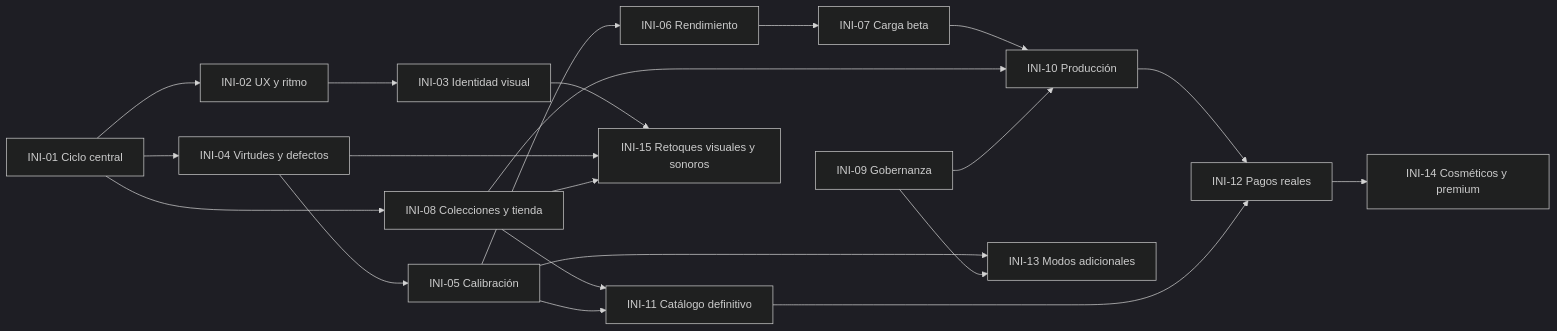
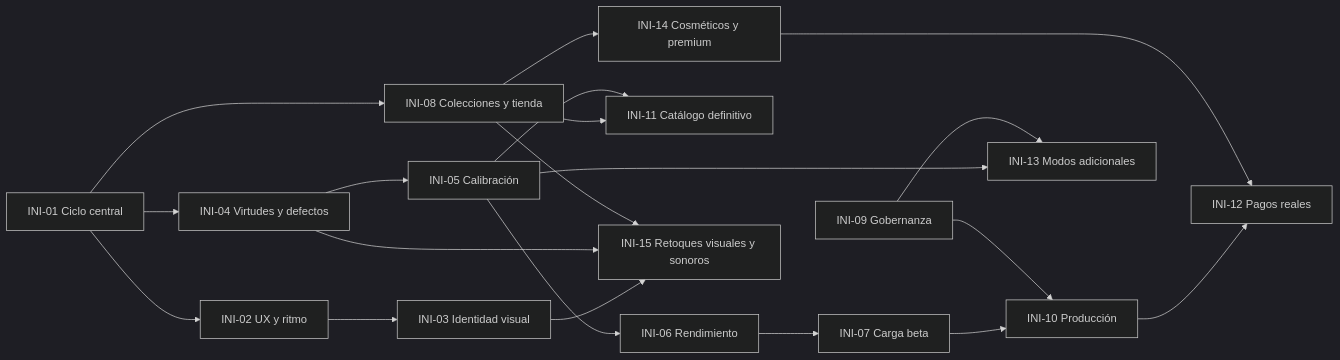
The diagram in ROADMAP.md (RichardNava/futboosterdraft), drawn with Mermaid (dark theme) before and after one commit. The commit also changed other lines of this file and 4 other files, not shown here.

Commit message:
docs: decisiones del 2026-11-20 — sin escudos oficiales, monetización solo cosmética y premium, cierre de INI-15

````diff
--- a/ROADMAP.md
+++ b/ROADMAP.md
@@ -53,20 +53,19 @@
 ```mermaid
 graph LR
   INI01[INI-01 Ciclo central] --> INI02[INI-02 UX y ritmo] --> INI03[INI-03 Identidad visual]
   INI01 --> INI04[INI-04 Virtudes y defectos] --> INI05[INI-05 Calibración]
   INI05 --> INI06[INI-06 Rendimiento] --> INI07[INI-07 Carga beta]
   INI01 --> INI08[INI-08 Colecciones y tienda]
   INI07 --> INI10[INI-10 Producción]
-  INI08 --> INI10
   INI09[INI-09 Gobernanza] --> INI10
   INI08 --> INI11[INI-11 Catálogo definitivo]
   INI05 --> INI11
   INI10 --> INI12[INI-12 Pagos reales]
-  INI11 --> INI12
-  INI12 --> INI14[INI-14 Cosméticos y premium]
+  INI08 --> INI14[INI-14 Cosméticos y premium]
+  INI14 --> INI12
   INI05 --> INI13[INI-13 Modos adicionales]
   INI09 --> INI13
   INI03 --> INI15[INI-15 Retoques visuales y sonoros]
   INI04 --> INI15
   INI08 --> INI15
 ```
````
